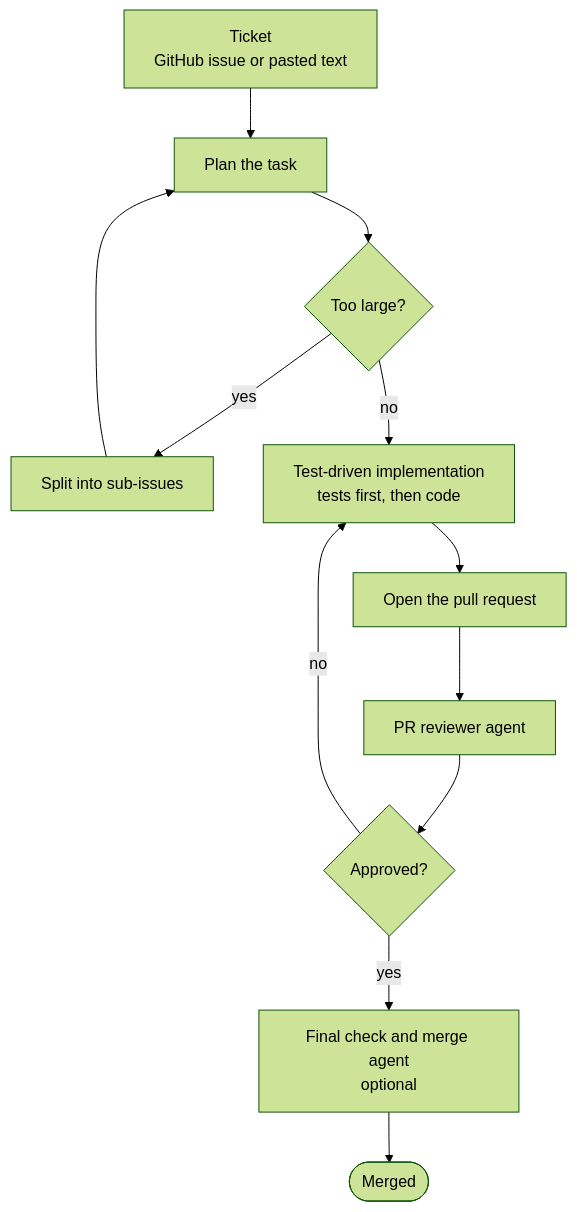
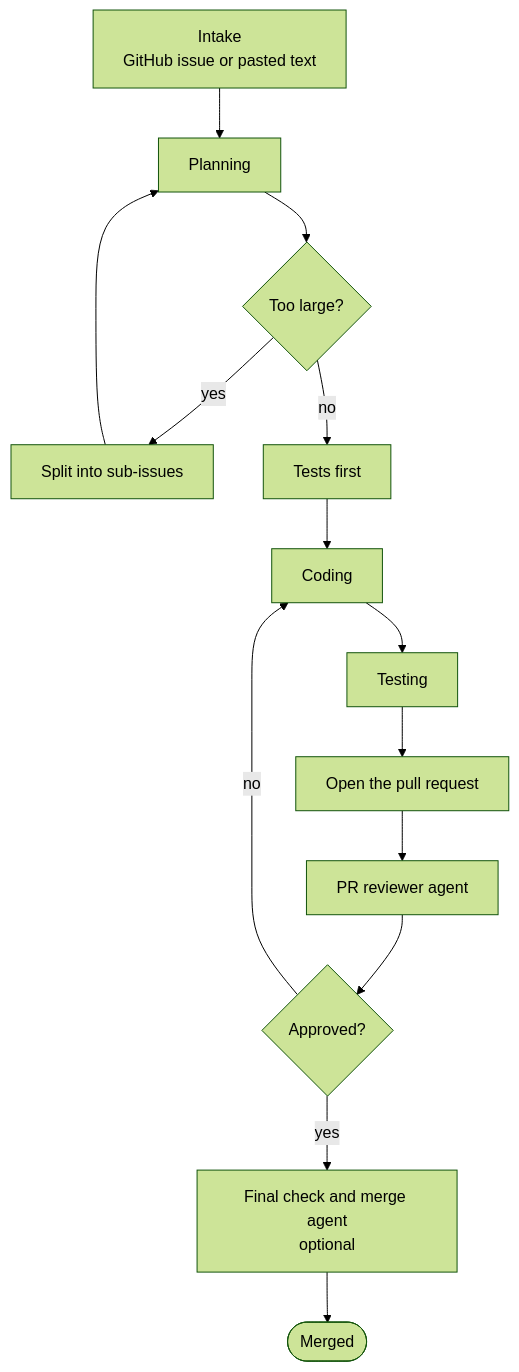
Before and after one commit to thelim3y/agentic-engineering-workflow-legacy: the diagram in README.md, drawn with Mermaid (forest theme). The commit also changed other lines of this file, not shown here.

````diff
--- a/README.md
+++ b/README.md
@@ -18,14 +22,16 @@
 ```mermaid
 flowchart TD
-    ticket["Ticket<br/>GitHub issue or pasted text"] --> plan["Plan the task"]
+    ticket["Intake<br/>GitHub issue or pasted text"] --> plan["Planning"]
     plan --> large{"Too large?"}
     large -- yes --> split["Split into sub-issues"]
     split --> plan
-    large -- no --> tdd["Test-driven implementation<br/>tests first, then code"]
-    tdd --> pr["Open the pull request"]
+    large -- no --> tests["Tests first"]
+    tests --> code["Coding"]
+    code --> test["Testing"]
+    test --> pr["Open the pull request"]
     pr --> review["PR reviewer agent"]
     review --> ok{"Approved?"}
-    ok -- no --> tdd
+    ok -- no --> code
     ok -- yes --> merge["Final check and merge agent<br/>optional"]
     merge --> done(["Merged"])
 ```
````
